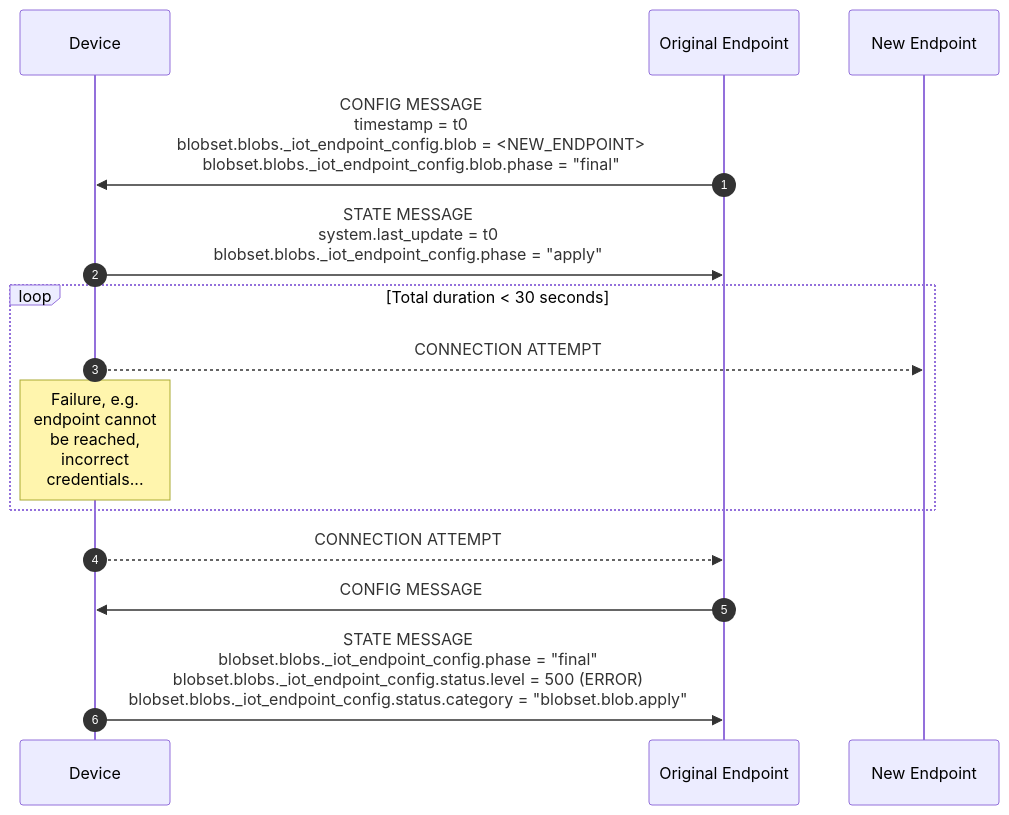
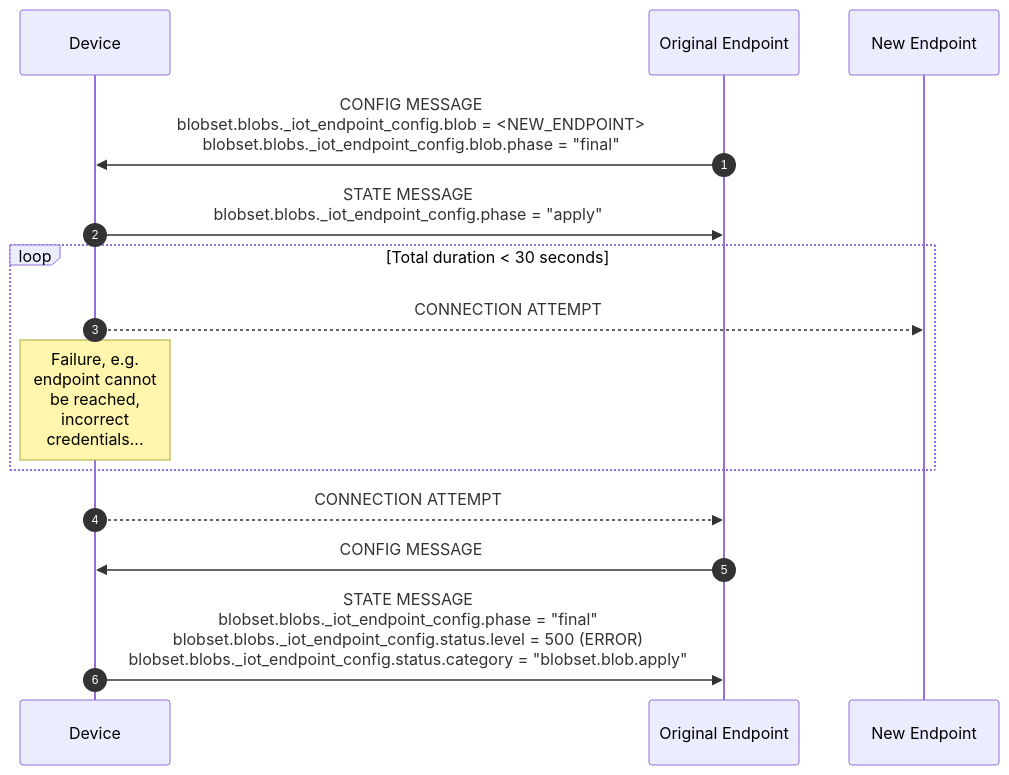
Before and after one commit to faucetsdn/udmi: the second of 2 diagrams in docs/specs/sequences/endpoint_reconfiguration.md, drawn with Mermaid. The commit also changed other lines of this file, not shown here.

````diff
--- a/docs/specs/sequences/endpoint_reconfiguration.md
+++ b/docs/specs/sequences/endpoint_reconfiguration.md
@@ -40,18 +40,18 @@
 ```mermaid
 %%{wrap}%%
 sequenceDiagram
     autonumber
     participant D as Device
     participant E as Original Endpoint
     participant E' as New Endpoint
-    E->>D:CONFIG MESSAGE<br/>timestamp = t0<br/>blobset.blobs._iot_endpoint_config.blob = <NEW_ENDPOINT><br>blobset.blobs._iot_endpoint_config.blob.phase = "final"
-    D->>E:STATE MESSAGE<br/>system.last_update = t0<br/>blobset.blobs._iot_endpoint_config.phase = "apply"
+    E->>D:CONFIG MESSAGE<br/>blobset.blobs._iot_endpoint_config.blob = <NEW_ENDPOINT><br>blobset.blobs._iot_endpoint_config.blob.phase = "final"
+    D->>E:STATE MESSAGE<br/>blobset.blobs._iot_endpoint_config.phase = "apply"
     loop Total duration < 30 seconds
     D-->>E':CONNECTION ATTEMPT
     note over D: Failure, e.g. endpoint cannot be reached, incorrect credentials...
     end
     D-->>E:CONNECTION ATTEMPT
     E->>D:CONFIG MESSAGE
     D->>E:STATE MESSAGE<br/>blobset.blobs._iot_endpoint_config.phase = "final"<br/>blobset.blobs._iot_endpoint_config.status.level = 500 (ERROR)<br/>blobset.blobs._iot_endpoint_config.status.category = "blobset.blob.apply"
 
 ```
````
